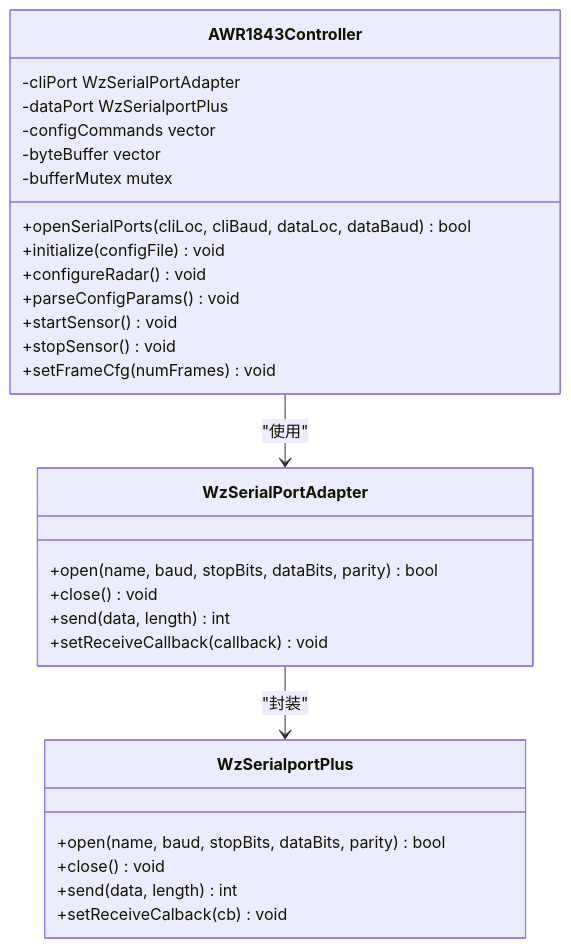
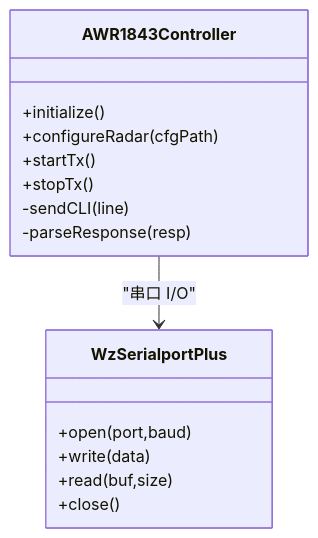
One commit to Lukad77/awr1843-radar-toolkit changed the fourth of 7 diagrams in .qoder/repowiki/zh/content/雷达与 DCA1000 设备控制/雷达与 DCA1000 设备控制.md. Above: the diagram before and after it, drawn with Mermaid. The commit also changed other lines of this file and 106 other files, not shown here.

````diff
--- a/.qoder/repowiki/zh/content/雷达与 DCA1000 设备控制/雷达与 DCA1000 设备控制.md
+++ b/.qoder/repowiki/zh/content/雷达与 DCA1000 设备控制/雷达与 DCA1000 设备控制.md
@@ -182,31 +168,18 @@
 ```mermaid
 classDiagram
 class AWR1843Controller {
-+openSerialPorts(cliLoc, cliBaud, dataLoc, dataBaud) bool
-+initialize(configFile) void
-+configureRadar() void
-+parseConfigParams() void
-+startSensor() void
-+stopSensor() void
-+setFrameCfg(numFrames) void
--cliPort WzSerialPortAdapter
--dataPort WzSerialportPlus
--configCommands vector<string>
--byteBuffer vector<uint8_t>
--bufferMutex mutex
-}
-class WzSerialPortAdapter {
-+open(name, baud, stopBits, dataBits, parity) bool
-+close() void
-+send(data, length) int
-+setReceiveCallback(callback) void
++initialize()
++configureRadar(cfgPath)
++startTx()
++stopTx()
+-sendCLI(line)
+-parseResponse(resp)
 }
 class WzSerialportPlus {
-+open(name, baud, stopBits, dataBits, parity) bool
-+close() void
-+send(data, length) int
-+setReceiveCalback(cb) void
++open(port,baud)
++write(data)
++read(buf,size)
++close()
 }
-AWR1843Controller --> WzSerialPortAdapter : "使用"
-WzSerialPortAdapter --> WzSerialportPlus : "封装"
+AWR1843Controller --> WzSerialportPlus : "串口 I/O"
 ```
````
